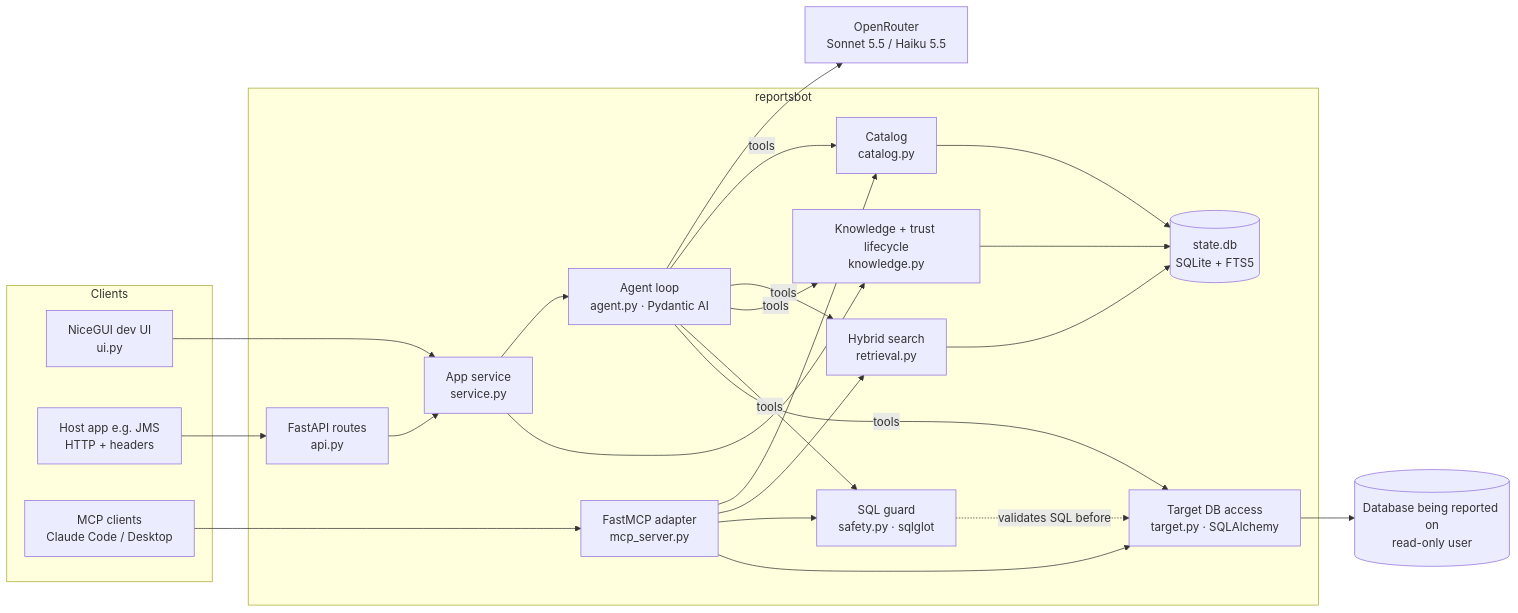
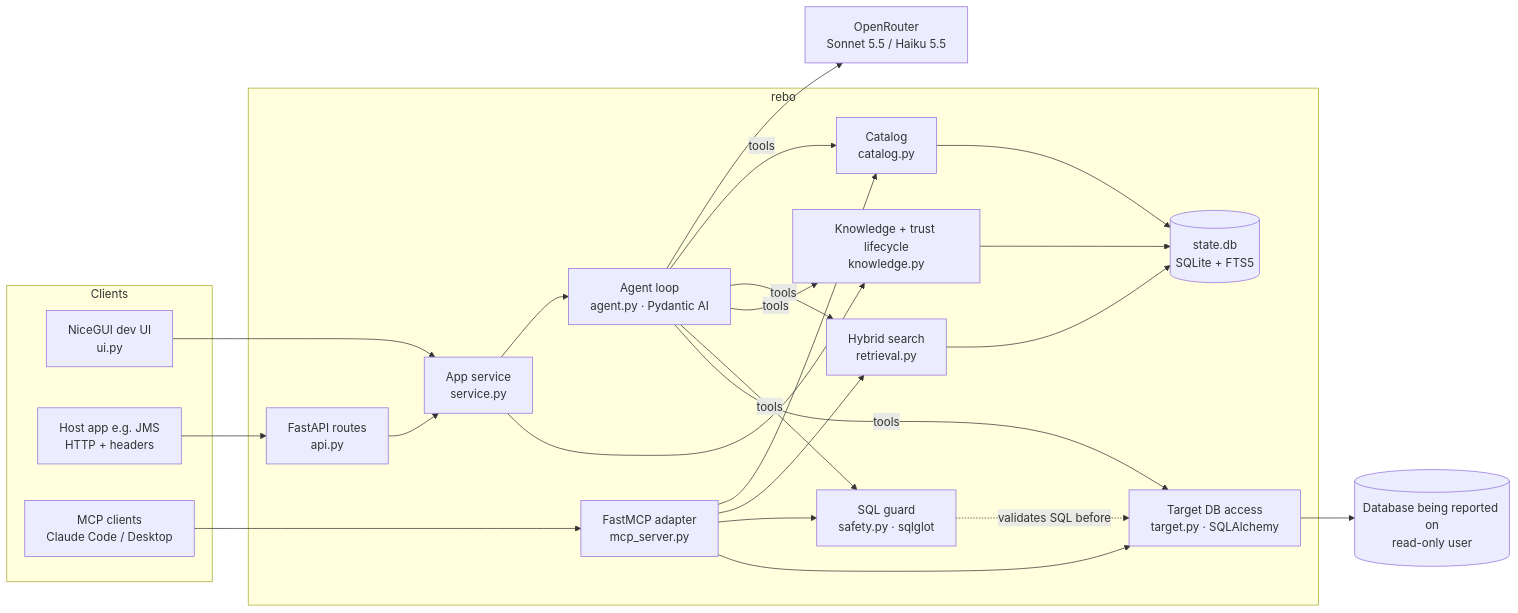
One commit to ax5hay/rebo changed the first of 2 diagrams in docs/02-architecture.md. Above: the diagram before and after it, drawn with Mermaid. The commit also changed other lines of this file and 99 other files, not shown here.

````diff
--- a/docs/02-architecture.md
+++ b/docs/02-architecture.md
@@ -5,33 +5,33 @@
 ```mermaid
 flowchart LR
   subgraph Clients
     UI[NiceGUI dev UI<br/>ui.py]
     HOST[Host app e.g. JMS<br/>HTTP + headers]
     MCPC[MCP clients<br/>Claude Code / Desktop]
   end
-  subgraph reportsbot
+  subgraph rebo
     API[FastAPI routes<br/>api.py]
     MCP[FastMCP adapter<br/>mcp_server.py]
     SVC[App service<br/>service.py]
     AG[Agent loop<br/>agent.py · Pydantic AI]
     KN[Knowledge + trust lifecycle<br/>knowledge.py]
     CAT[Catalog<br/>catalog.py]
     IDX[Hybrid search<br/>retrieval.py]
     G[SQL guard<br/>safety.py · sqlglot]
     TGT[Target DB access<br/>target.py · SQLAlchemy]
     ST[(state.db<br/>SQLite + FTS5)]
   end
   DB[(Database being reported on<br/>read-only user)]
   LLM[OpenRouter<br/>Sonnet 5.5 / Haiku 5.5]
 
   UI --> SVC
   HOST --> API --> SVC
   MCPC --> MCP --> CAT & IDX & G & TGT
   SVC --> AG --> LLM
   AG -- tools --> CAT & IDX & KN & G & TGT
   SVC --> KN --> ST
   CAT --> ST
   IDX --> ST
   TGT --> DB
   G -. validates SQL before .-> TGT
 ```
````
